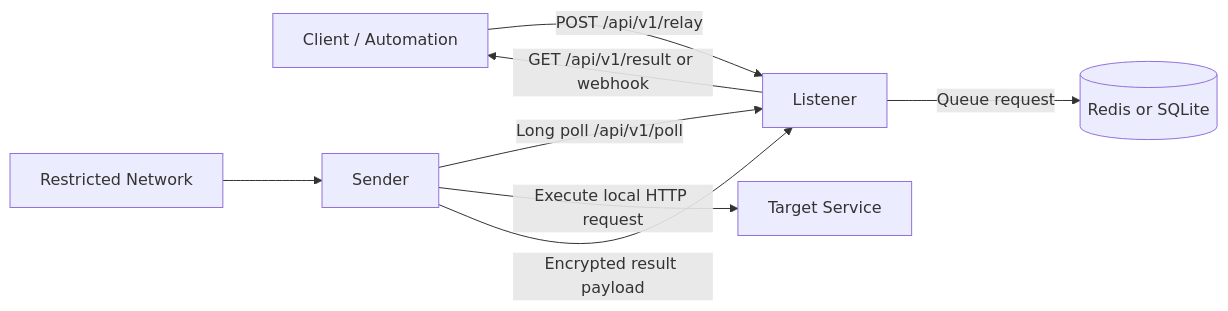
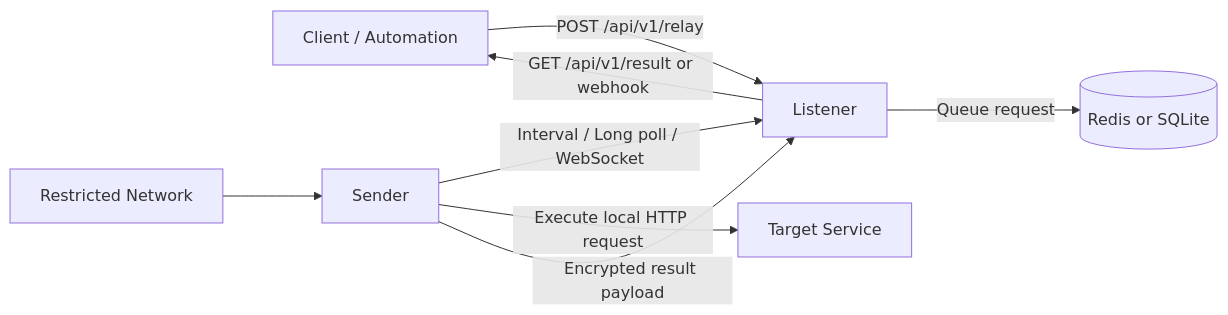
The diagram in README.md (SepiRosho/Relayra), drawn with Mermaid before and after one commit. The commit also changed other lines of this file and 35 other files, not shown here.

````diff
--- a/README.md
+++ b/README.md
@@ -34,10 +35,10 @@
 ```mermaid
 flowchart LR
     C[Client / Automation] -->|POST /api/v1/relay| L[Listener]
     L -->|Queue request| S[(Redis or SQLite)]
     R[Restricted Network] --> D[Sender]
-    D -->|Long poll /api/v1/poll| L
+    D -->|Interval / Long poll / WebSocket| L
     D -->|Execute local HTTP request| T[Target Service]
     D -->|Encrypted result payload| L
     L -->|GET /api/v1/result or webhook| C
 ```
````
